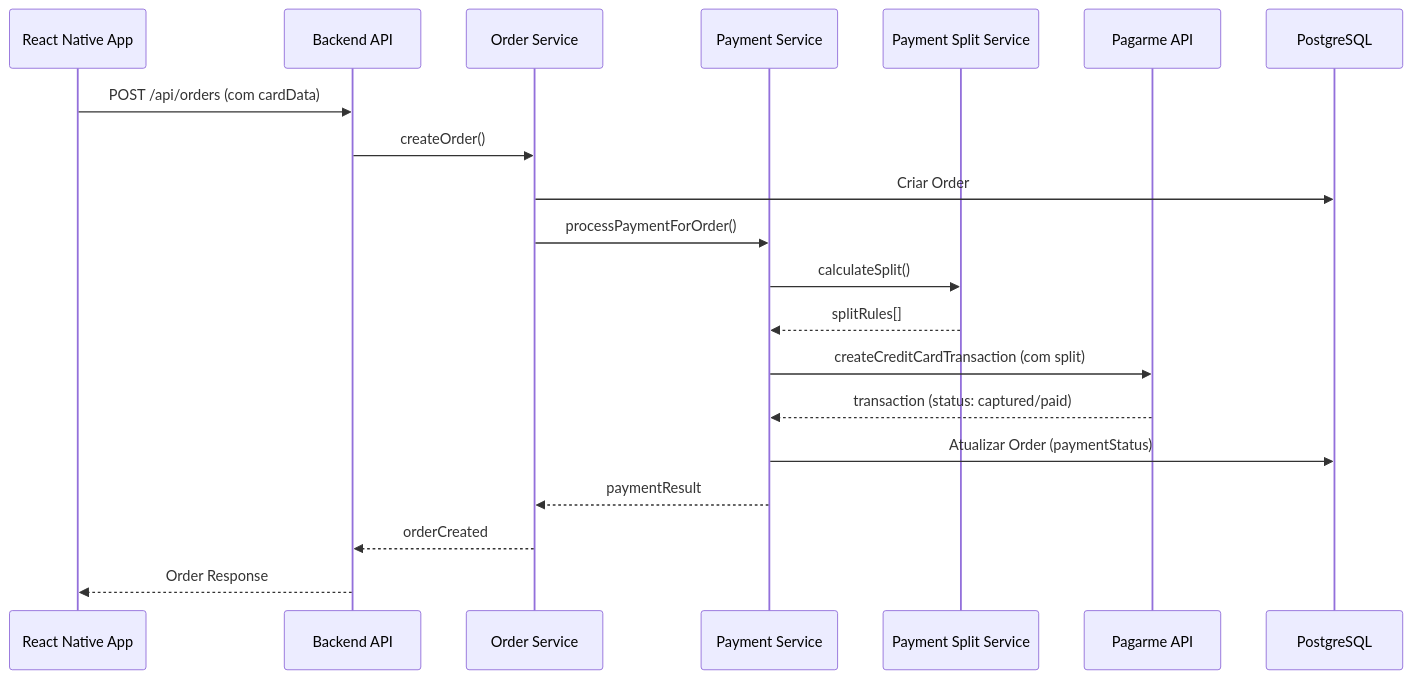
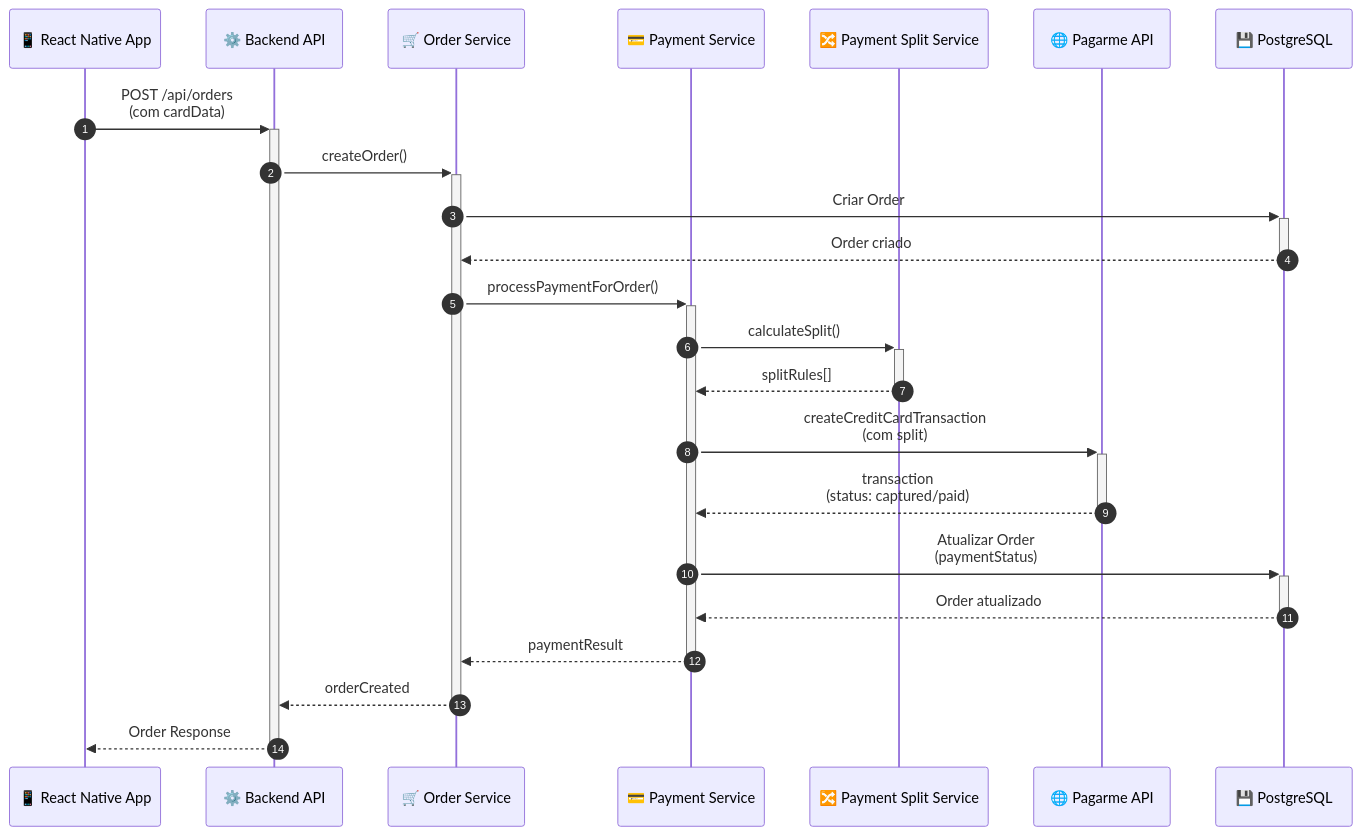
One commit to Mavimarmara/likeme-back-end changed the second of 5 diagrams in docs/system-architecture.md. Above: the diagram before and after it, drawn with Mermaid. The commit also changed other lines of this file, not shown here.

First line of the commit message:
Otimiza diagramas Mermaid para melhor visualização

````diff
--- a/docs/system-architecture.md
+++ b/docs/system-architecture.md
@@ -124,23 +124,26 @@
 ```mermaid
 sequenceDiagram
-    participant App as React Native App
-    participant API as Backend API
-    participant OrderSvc as Order Service
-    participant PaymentSvc as Payment Service
-    participant SplitSvc as Payment Split Service
-    participant Pagarme as Pagarme API
-    participant DB as PostgreSQL
+    autonumber
+    participant App as 📱 React Native App
+    participant API as ⚙️ Backend API
+    participant OrderSvc as 🛒 Order Service
+    participant PaymentSvc as 💳 Payment Service
+    participant SplitSvc as 🔀 Payment Split Service
+    participant Pagarme as 🌐 Pagarme API
+    participant DB as 💾 PostgreSQL
 
-    App->>API: POST /api/orders (com cardData)
-    API->>OrderSvc: createOrder()
-    OrderSvc->>DB: Criar Order
-    OrderSvc->>PaymentSvc: processPaymentForOrder()
-    PaymentSvc->>SplitSvc: calculateSplit()
-    SplitSvc-->>PaymentSvc: splitRules[]
-    PaymentSvc->>Pagarme: createCreditCardTransaction (com split)
-    Pagarme-->>PaymentSvc: transaction (status: captured/paid)
-    PaymentSvc->>DB: Atualizar Order (paymentStatus)
-    PaymentSvc-->>OrderSvc: paymentResult
-    OrderSvc-->>API: orderCreated
-    API-->>App: Order Response
+    App->>+API: POST /api/orders<br/>(com cardData)
+    API->>+OrderSvc: createOrder()
+    OrderSvc->>+DB: Criar Order
+    DB-->>-OrderSvc: Order criado
+    OrderSvc->>+PaymentSvc: processPaymentForOrder()
+    PaymentSvc->>+SplitSvc: calculateSplit()
+    SplitSvc-->>-PaymentSvc: splitRules[]
+    PaymentSvc->>+Pagarme: createCreditCardTransaction<br/>(com split)
+    Pagarme-->>-PaymentSvc: transaction<br/>(status: captured/paid)
+    PaymentSvc->>+DB: Atualizar Order<br/>(paymentStatus)
+    DB-->>-PaymentSvc: Order atualizado
+    PaymentSvc-->>-OrderSvc: paymentResult
+    OrderSvc-->>-API: orderCreated
+    API-->>-App: Order Response
 ```
````
